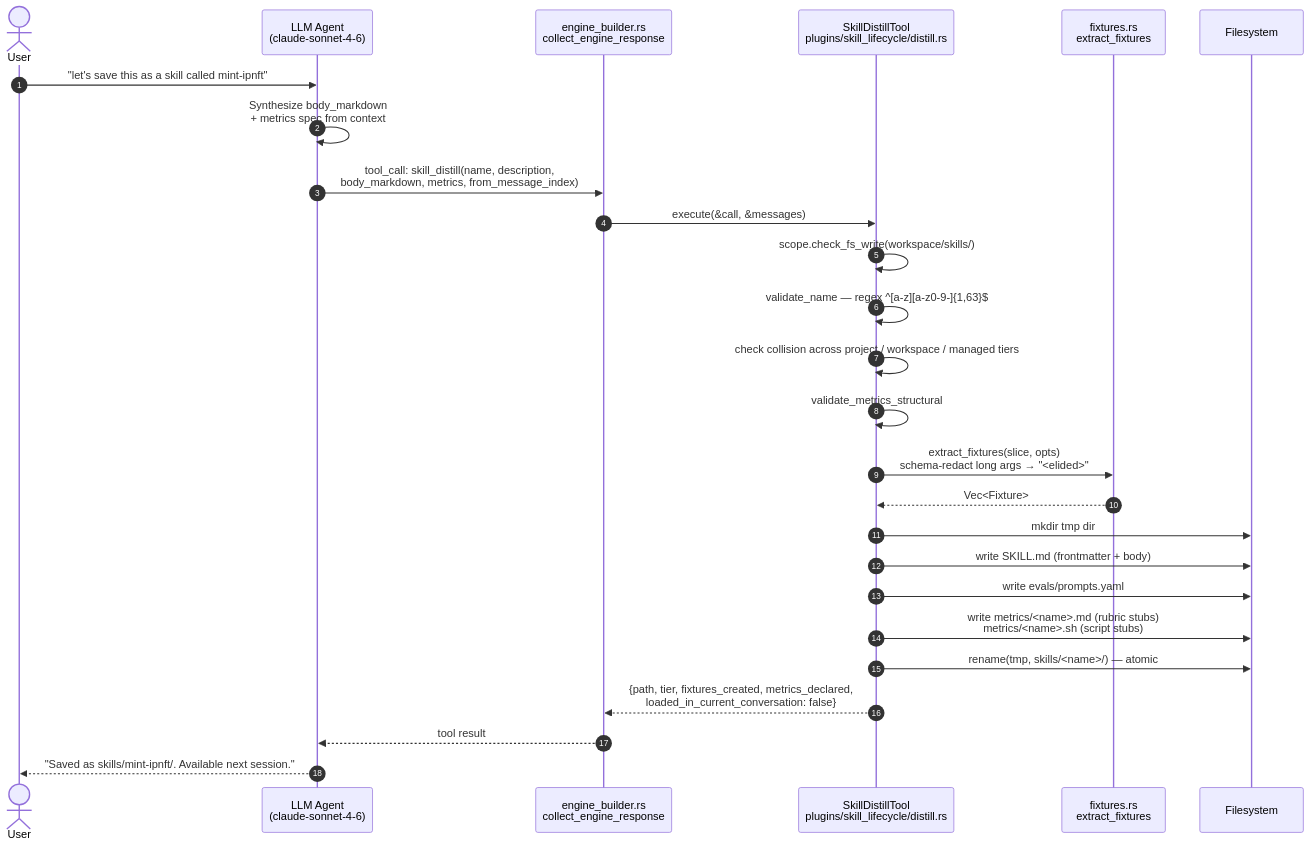
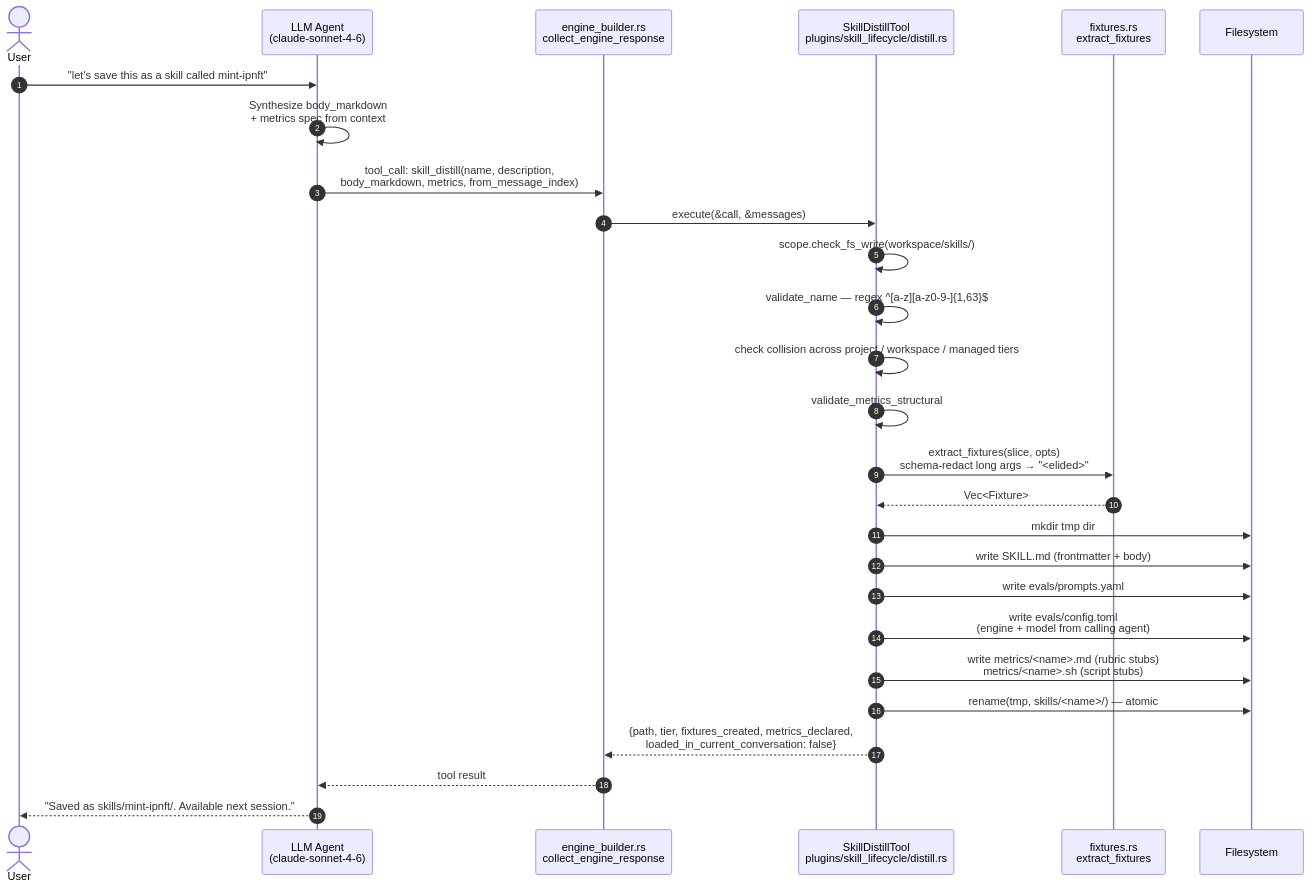
The third of 8 diagrams in docs/skill-lifecycle-pipeline-diagrams.md (DemidovVladimir/tengu-cluster), drawn with Mermaid before and after one commit. The commit also changed other lines of this file and 125 other files, not shown here.

````diff
--- a/docs/skill-lifecycle-pipeline-diagrams.md
+++ b/docs/skill-lifecycle-pipeline-diagrams.md
@@ -129,29 +129,30 @@
 ```mermaid
 sequenceDiagram
     autonumber
     actor U as User
     participant A as LLM Agent<br/>(claude-sonnet-4-6)
     participant E as engine_builder.rs<br/>collect_engine_response
     participant T as SkillDistillTool<br/>plugins/skill_lifecycle/distill.rs
     participant F as fixtures.rs<br/>extract_fixtures
     participant FS as Filesystem
 
     U->>A: "let's save this as a skill called mint-ipnft"
     A->>A: Synthesize body_markdown<br/>+ metrics spec from context
     A->>E: tool_call: skill_distill(name, description,<br/>body_markdown, metrics, from_message_index)
     E->>T: execute(&call, &messages)
     T->>T: scope.check_fs_write(workspace/skills/)
     T->>T: validate_name — regex ^[a-z][a-z0-9-]{1,63}$
     T->>T: check collision across project / workspace / managed tiers
     T->>T: validate_metrics_structural
     T->>F: extract_fixtures(slice, opts)<br/>schema-redact long args → "<elided>"
     F-->>T: Vec<Fixture>
     T->>FS: mkdir tmp dir
     T->>FS: write SKILL.md (frontmatter + body)
     T->>FS: write evals/prompts.yaml
+    T->>FS: write evals/config.toml<br/>(engine + model from calling agent)
     T->>FS: write metrics/<name>.md (rubric stubs)<br/>metrics/<name>.sh (script stubs)
     T->>FS: rename(tmp, skills/<name>/) — atomic
     T-->>E: {path, tier, fixtures_created, metrics_declared,<br/>loaded_in_current_conversation: false}
     E-->>A: tool result
     A-->>U: "Saved as skills/mint-ipnft/. Available next session."
 ```
````
